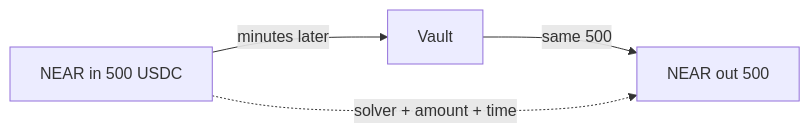
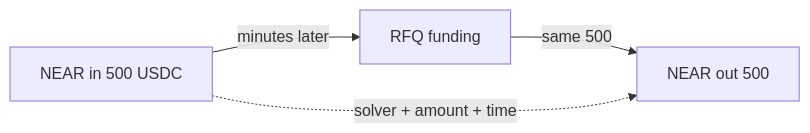
Before and after one commit to gstohl/app20: the fourth of 10 diagrams in docs/APP20_SWAP_FLOWS.md, drawn with Mermaid. The commit also changed other lines of this file and 238 other files, not shown here.

````diff
--- a/docs/APP20_SWAP_FLOWS.md
+++ b/docs/APP20_SWAP_FLOWS.md
@@ -100,6 +100,6 @@
 ```mermaid
 flowchart LR
-  A[NEAR in 500 USDC] -->|minutes later| V[Vault]
+  A[NEAR in 500 USDC] -->|minutes later| V[RFQ funding]
   V -->|same 500| B[NEAR out 500]
   A -.->|solver + amount + time| B
 ```
````
